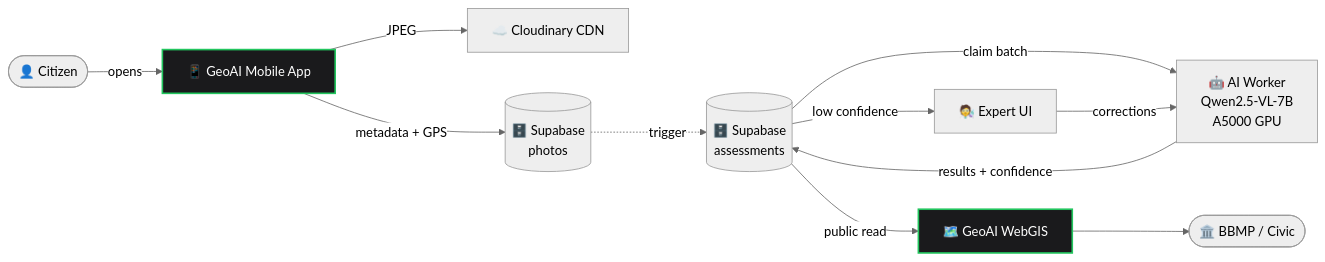
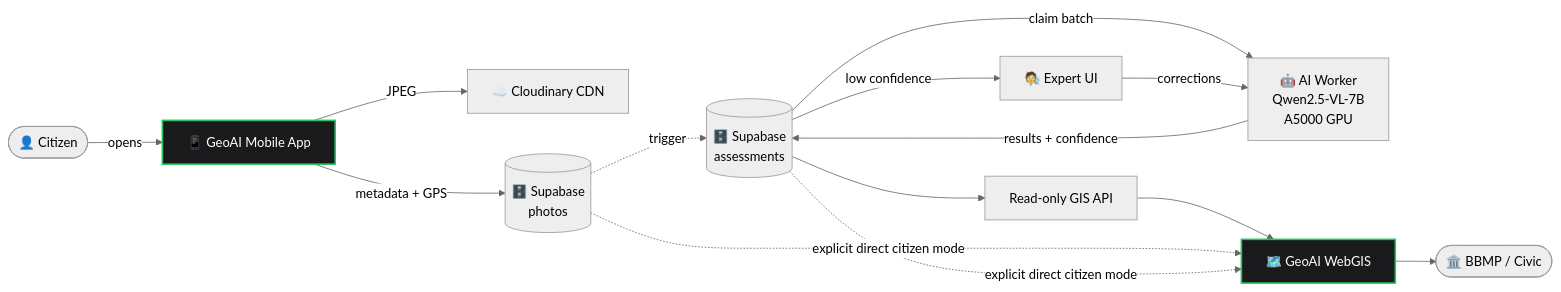
The diagram in README.md (richikchaudhuri/geoai), drawn with Mermaid (neutral theme) before and after one commit. The commit also changed other lines of this file and 63 other files, not shown here.

````diff
--- a/README.md
+++ b/README.md
@@ -42,16 +42,19 @@
 ```mermaid
 flowchart LR
     Citizen([👤 Citizen]) -->|opens| App[📱 GeoAI Mobile App]
     App -->|JPEG| Cloud[☁️ Cloudinary CDN]
     App -->|metadata + GPS| Photos[(🗄️ Supabase<br/>photos)]
     Photos -.->|trigger| Asses[(🗄️ Supabase<br/>assessments)]
     Asses -->|claim batch| Worker[🤖 AI Worker<br/>Qwen2.5-VL-7B<br/>A5000 GPU]
     Worker -->|results + confidence| Asses
     Asses -->|low confidence| Expert[🧑‍🔬 Expert UI]
     Expert -->|corrections| Worker
-    Asses -->|public read| WebGIS[🗺️ GeoAI WebGIS]
+    Asses --> GIS[Read-only GIS API]
+    GIS --> WebGIS[🗺️ GeoAI WebGIS]
+    Photos -.->|explicit direct citizen mode| WebGIS
+    Asses -.->|explicit direct citizen mode| WebGIS
     WebGIS --> BBMP([🏛️ BBMP / Civic])
 
     classDef inRepo fill:#1A1A1C,stroke:#22C55E,stroke-width:2px,color:#FFFFFF;
     class App,WebGIS inRepo;
 ```
````
